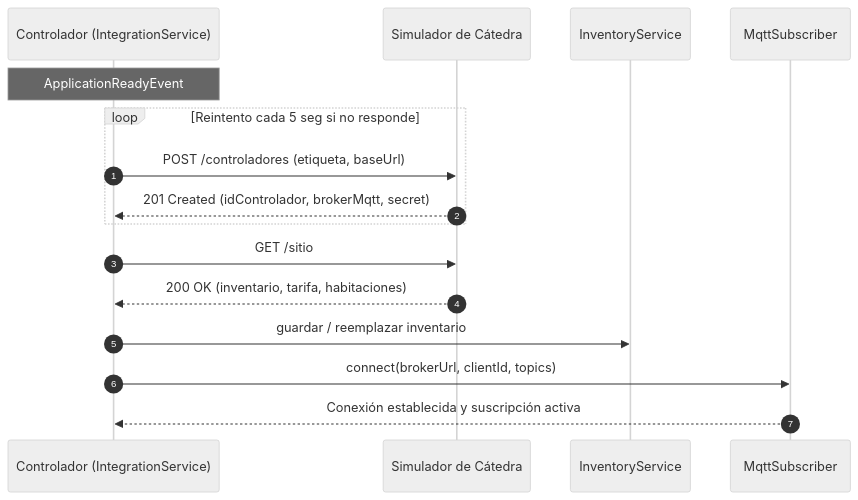
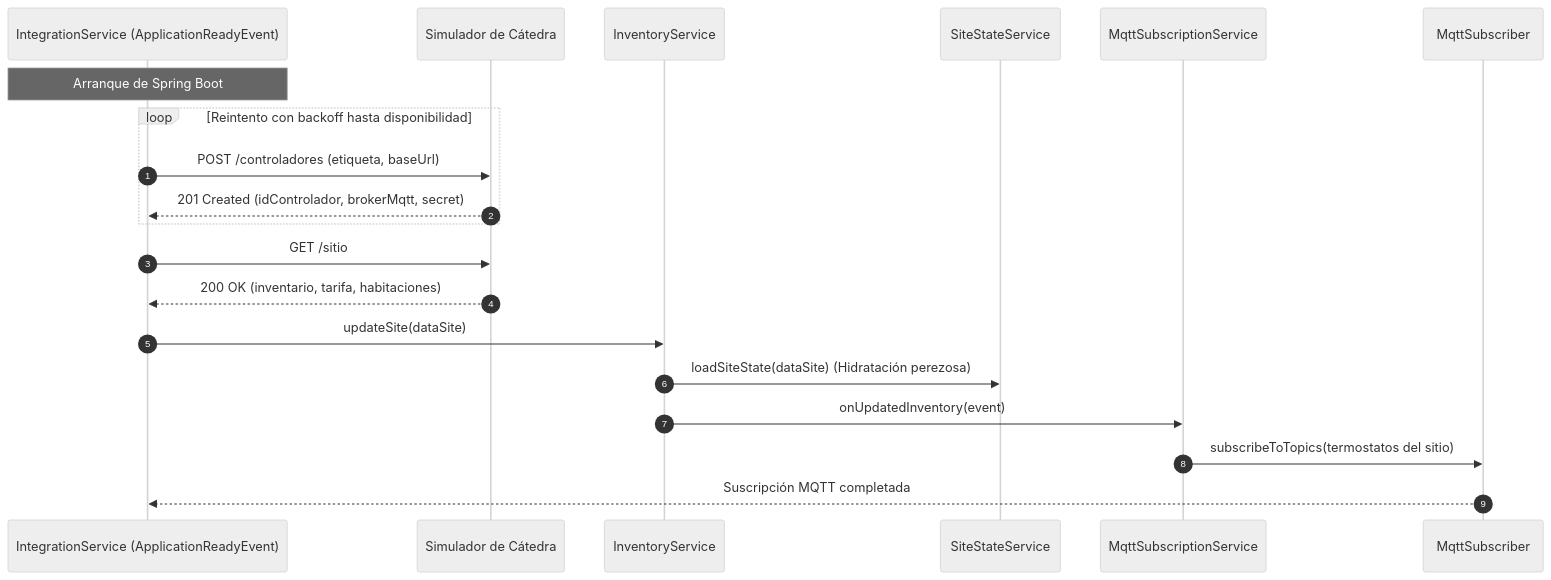
The fourth of 7 diagrams in docs/arquitectura/4mas1.md (walterlarrea/IISS-2026-grupo-2), drawn with Mermaid (neutral theme) before and after one commit. The commit also changed other lines of this file, not shown here.

````diff
--- a/docs/arquitectura/4mas1.md
+++ b/docs/arquitectura/4mas1.md
@@ -146,19 +224,25 @@
 ```mermaid
 sequenceDiagram
     autonumber
-    participant App as Controlador (IntegrationService)
+    participant App as IntegrationService (ApplicationReadyEvent)
     participant Sim as Simulador de Cátedra
-    participant InvService as InventoryService
+    participant Inv as InventoryService
+    participant State as SiteStateService
+    participant MqttSync as MqttSubscriptionService
     participant MqttSub as MqttSubscriber
-    Note over App: ApplicationReadyEvent
-    loop Reintento cada 5 seg si no responde
+
+    Note over App: Arranque de Spring Boot
+    loop Reintento con backoff hasta disponibilidad
         App ->> Sim: POST /controladores (etiqueta, baseUrl)
         Sim -->> App: 201 Created (idControlador, brokerMqtt, secret)
     end
 
     App ->> Sim: GET /sitio
     Sim -->> App: 200 OK (inventario, tarifa, habitaciones)
-    App ->> InvService: guardar / reemplazar inventario
-    App ->> MqttSub: connect(brokerUrl, clientId, topics)
-    MqttSub -->> App: Conexión establecida y suscripción activa
+    
+    App ->> Inv: updateSite(dataSite)
+    Inv ->> State: loadSiteState(dataSite) (Hidratación perezosa)
+    Inv ->> MqttSync: onUpdatedInventory(event)
+    MqttSync ->> MqttSub: subscribeToTopics(termostatos del sitio)
+    MqttSub -->> App: Suscripción MQTT completada
 ```
````
